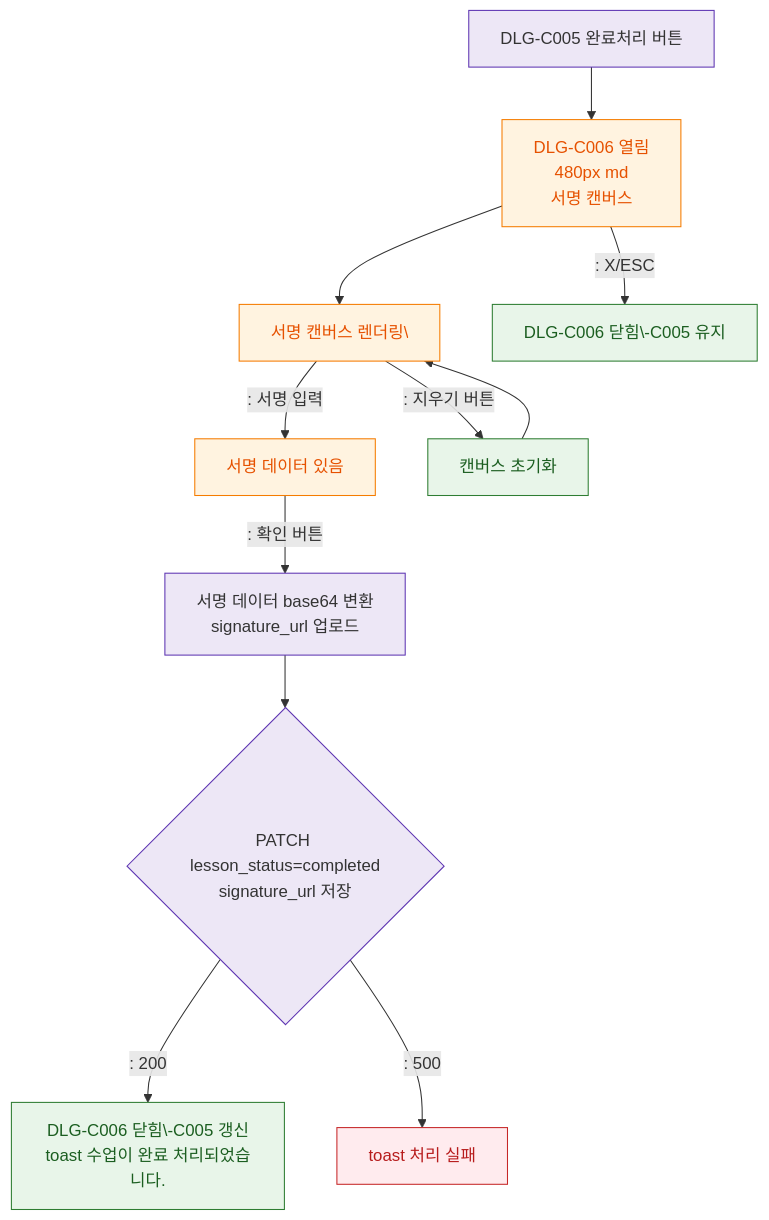
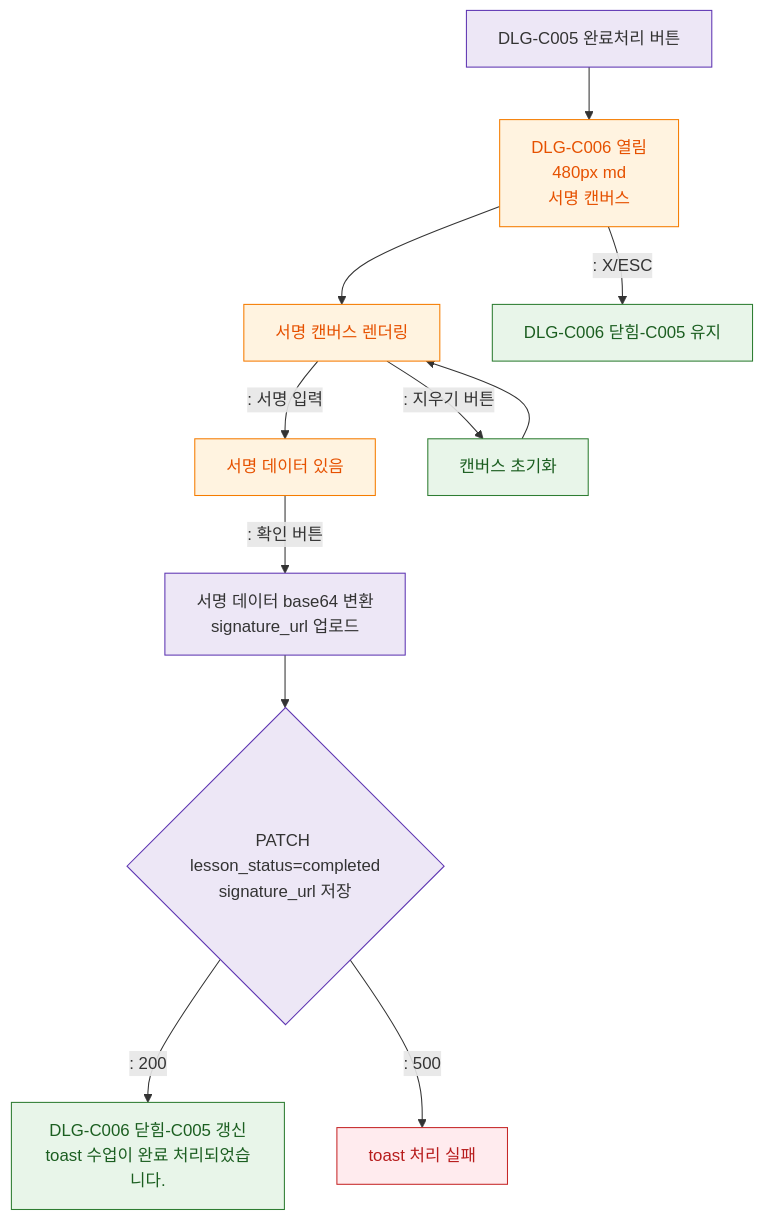
The diagram in docs/admin/다이어그램/D04_수업관리/DLG/DLG-C006_서명/M1_생명주기.md (dev-spogym/admin-pando), drawn with Mermaid before and after one commit. The commit also changed 369 other files, not shown here.

````diff
--- a/docs/admin/다이어그램/D04_수업관리/DLG/DLG-C006_서명/M1_생명주기.md
+++ b/docs/admin/다이어그램/D04_수업관리/DLG/DLG-C006_서명/M1_생명주기.md
@@ -18,25 +18,25 @@
 ```mermaid
 flowchart TD
   Trigger[DLG-C005 완료처리 버튼] --> Open[DLG-C006 열림\n480px md\n서명 캔버스]
 
-  Open --> SignCanvas[서명 캔버스 렌더링\]
+  Open --> SignCanvas[서명 캔버스 렌더링]
   SignCanvas -->|": 서명 입력"|HasSignature[서명 데이터 있음]
   SignCanvas -->|": 지우기 버튼"|ClearCanvas[캔버스 초기화]
   ClearCanvas --> SignCanvas
 
   HasSignature -->|": 확인 버튼"|Submit[서명 데이터 base64 변환\nsignature_url 업로드]
   Submit --> SaveAPI{PATCH lesson_status=completed\nsignature_url 저장}
-  SaveAPI -->|": 200"|CloseChain[DLG-C006 닫힘\-C005 갱신\ntoast 수업이 완료 처리되었습니다.]
+  SaveAPI -->|": 200"|CloseChain[DLG-C006 닫힘-C005 갱신\ntoast 수업이 완료 처리되었습니다.]
   SaveAPI -->|": 500"|SaveErr[toast 처리 실패]
 
-  Open -->|": X/ESC"|Close[DLG-C006 닫힘\-C005 유지]
+  Open -->|": X/ESC"|Close[DLG-C006 닫힘-C005 유지]
 
   classDef modal fill:#FFF3E0,stroke:#F57C00,color:#E65100
   classDef system fill:#EDE7F6,stroke:#5E35B2
   classDef success fill:#E8F5E9,stroke:#2E7D32,color:#1B5E20
   classDef error fill:#FFEBEE,stroke:#C62828,color:#B71C1C
   class Open,SignCanvas,HasSignature modal
   class Trigger,Submit,SaveAPI system
   class CloseChain,Close,ClearCanvas success
   class SaveErr error
 ```
````
